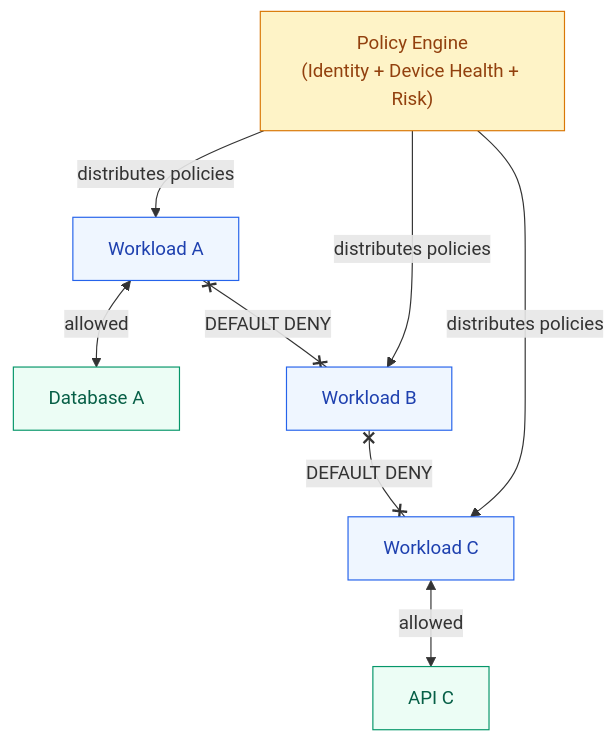
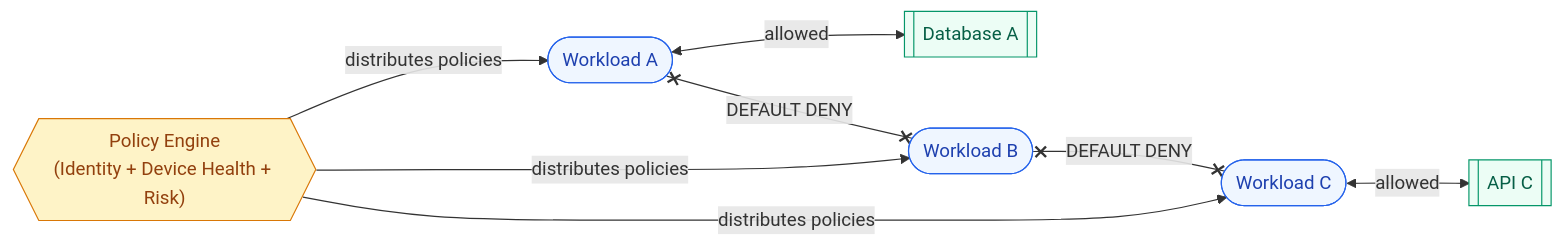
One commit to saivamsikaruturi/vamsilabs-dev-notes-main changed the third of 3 diagrams in docs/networks/protocols-deep-dive.md. Above: the diagram before and after it, drawn with Mermaid. The commit also changed 146 other files, not shown here.

Commit message:
Horizontal diagrams, UML class diagrams, typography overhaul, and permalink cleanup

````diff
--- a/docs/networks/protocols-deep-dive.md
+++ b/docs/networks/protocols-deep-dive.md
@@ -213,20 +213,20 @@
 ```mermaid
-flowchart TD
-    PE["Policy Engine\n(Identity + Device Health + Risk)"]
+flowchart LR
+    PE{{"Policy Engine\n(Identity + Device Health + Risk)"}}
 
     PE -->|"distributes policies"| WLA
     PE -->|"distributes policies"| WLB
     PE -->|"distributes policies"| WLC
 
-    WLA["Workload A"] <-->|"allowed"| DBA["Database A"]
-    WLC["Workload C"] <-->|"allowed"| APIC["API C"]
-    WLA x--x|"DEFAULT DENY"| WLB["Workload B"]
+    WLA(["Workload A"]) <-->|"allowed"| DBA[["Database A"]]
+    WLC(["Workload C"]) <-->|"allowed"| APIC[["API C"]]
+    WLA x--x|"DEFAULT DENY"| WLB(["Workload B"])
     WLB x--x|"DEFAULT DENY"| WLC
 
     style PE fill:#FEF3C7,stroke:#D97706,color:#92400E
     style WLA fill:#EFF6FF,stroke:#2563EB,color:#1E40AF
     style WLB fill:#EFF6FF,stroke:#2563EB,color:#1E40AF
     style WLC fill:#EFF6FF,stroke:#2563EB,color:#1E40AF
     style DBA fill:#ECFDF5,stroke:#059669,color:#065F46
     style APIC fill:#ECFDF5,stroke:#059669,color:#065F46
 ```
````
